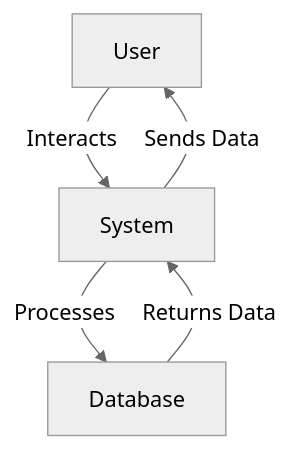
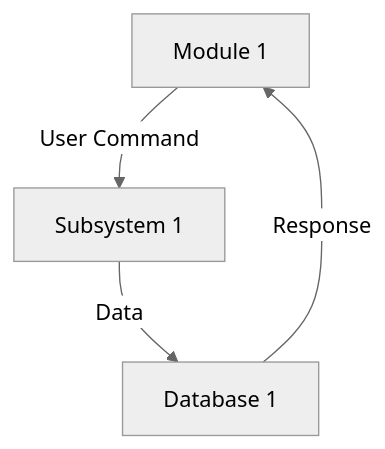
One commit to Ashwin-A21/paw changed the second of 4 diagrams in ARCHITECTURE.md. Above: the diagram before and after it, drawn with Mermaid (neutral theme). The commit also changed other lines of this file, not shown here.

Commit message:
Add comprehensive architecture documentation (DFDs and ER Diagram)

````diff
--- a/ARCHITECTURE.md
+++ b/ARCHITECTURE.md
@@ -4,7 +13,6 @@
 ```mermaid
-graph TD
-    A[User] -->|Interacts| B[System]
-    B -->|Processes| C[Database]
-    C -->|Returns Data| B
-    B -->|Sends Data| A
-```
+  graph TD;
+      A[Module 1] -->|User Command| B[Subsystem 1];
+      B -->|Data| C[Database 1];
+      C -->|Response| A;
+```  
````
